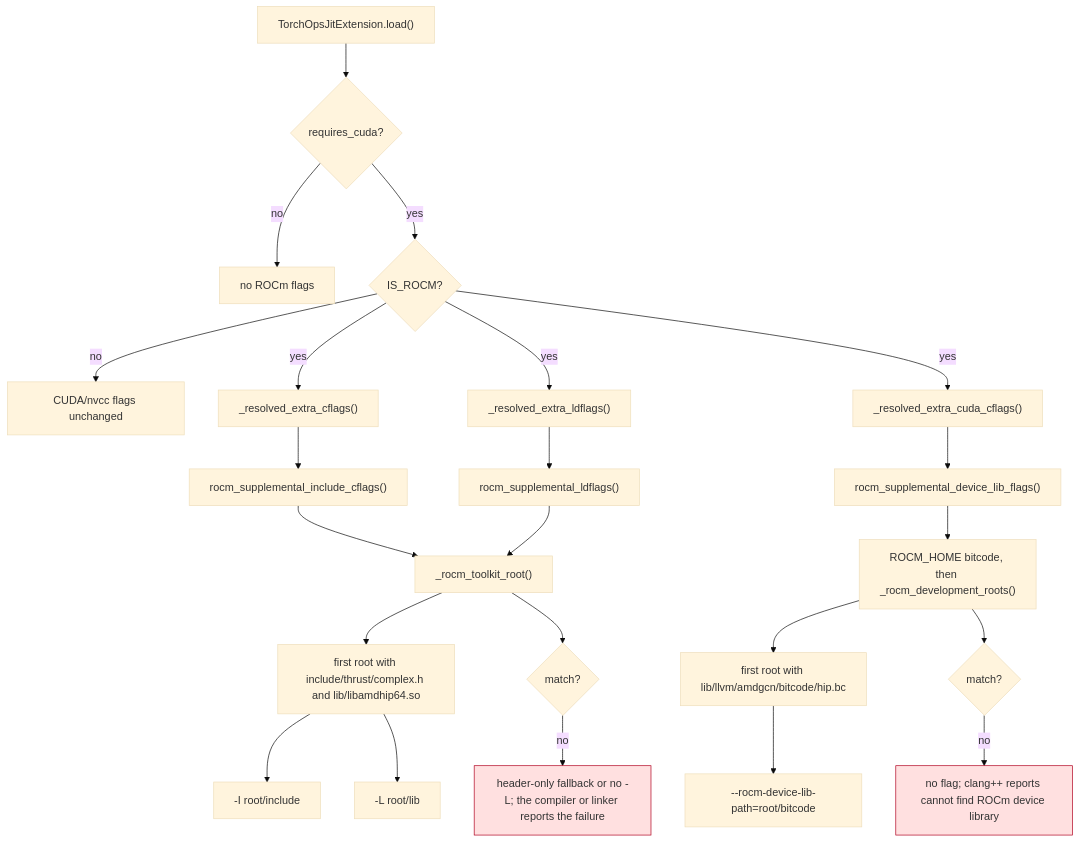
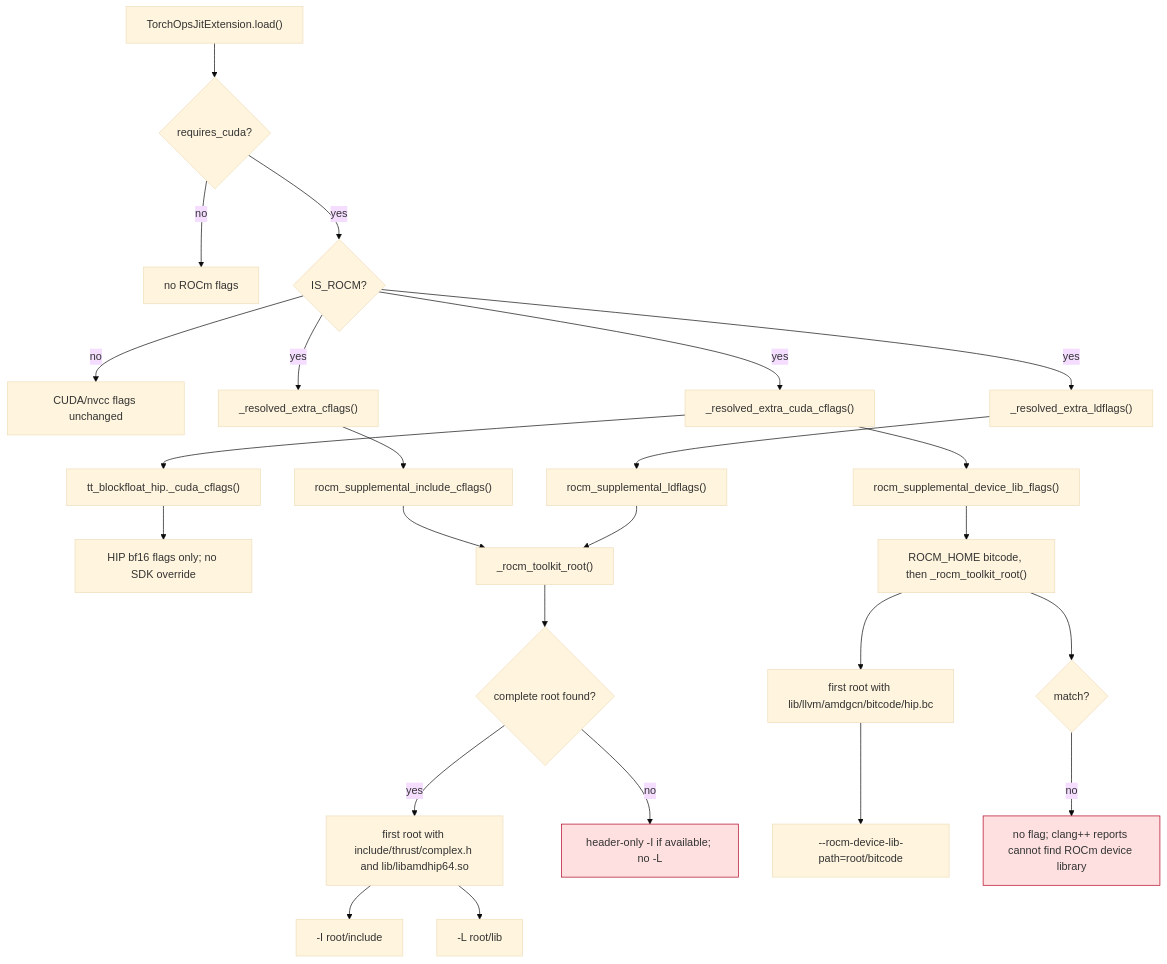
Before and after one commit to ModelCloud/GPTQModel: the second of 2 diagrams in docs/rocm-jit-toolkit-paths.md, drawn with Mermaid (base theme). The commit also changed other lines of this file and 11 other files, not shown here.

````diff
--- a/docs/rocm-jit-toolkit-paths.md
+++ b/docs/rocm-jit-toolkit-paths.md
@@ -61,27 +61,29 @@
 ```mermaid
 flowchart TD
     A["TorchOpsJitExtension.load()"] --> B{"requires_cuda?"}
     B -- no --> Z["no ROCm flags"]
     B -- yes --> C{"IS_ROCM?"}
     C -- no --> D["CUDA/nvcc flags unchanged"]
     C -- yes --> E["_resolved_extra_cflags()"]
     C -- yes --> F["_resolved_extra_cuda_cflags()"]
     C -- yes --> G["_resolved_extra_ldflags()"]
+    F --> V["tt_blockfloat_hip._cuda_cflags()"]
+    V --> W["HIP bf16 flags only; no SDK override"]
     E --> H["rocm_supplemental_include_cflags()"]
     F --> I["rocm_supplemental_device_lib_flags()"]
     G --> J["rocm_supplemental_ldflags()"]
     H --> K["_rocm_toolkit_root()"]
     J --> K
-    K --> L["first root with include/thrust/complex.h and lib/libamdhip64.so"]
-    I --> M["ROCM_HOME bitcode, then _rocm_development_roots()"]
+    K --> R{"complete root found?"}
+    R -- yes --> L["first root with include/thrust/complex.h and lib/libamdhip64.so"]
+    R -- no --> T["header-only -I if available; no -L"]
+    I --> M["ROCM_HOME bitcode, then _rocm_toolkit_root()"]
     L --> N["-I root/include"]
     L --> O["-L root/lib"]
     M --> P["first root with lib/llvm/amdgcn/bitcode/hip.bc"]
     P --> Q["--rocm-device-lib-path=root/bitcode"]
-    K --> R{"match?"}
     M --> S{"match?"}
-    R -- no --> T["header-only fallback or no -L; the compiler or linker reports the failure"]
     S -- no --> U["no flag; clang++ reports cannot find ROCm device library"]
     style T fill:#ffe0e0,stroke:#b00020
     style U fill:#ffe0e0,stroke:#b00020
 ```
````
